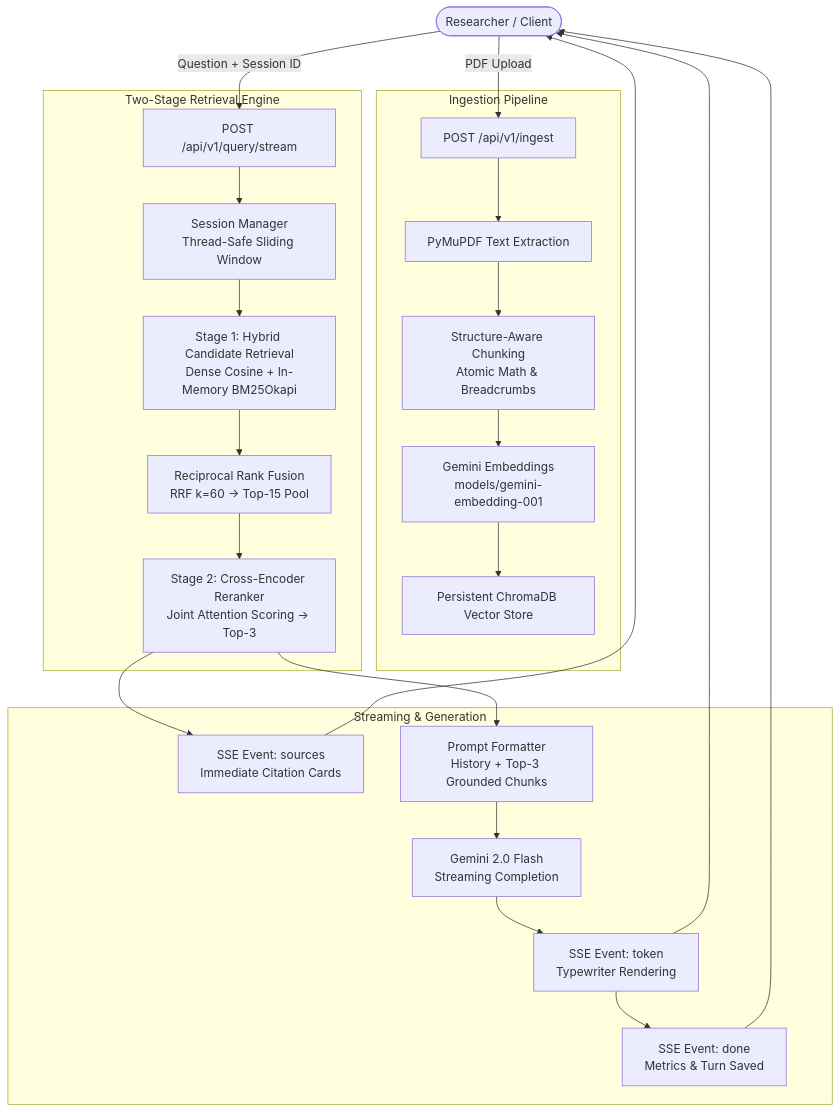
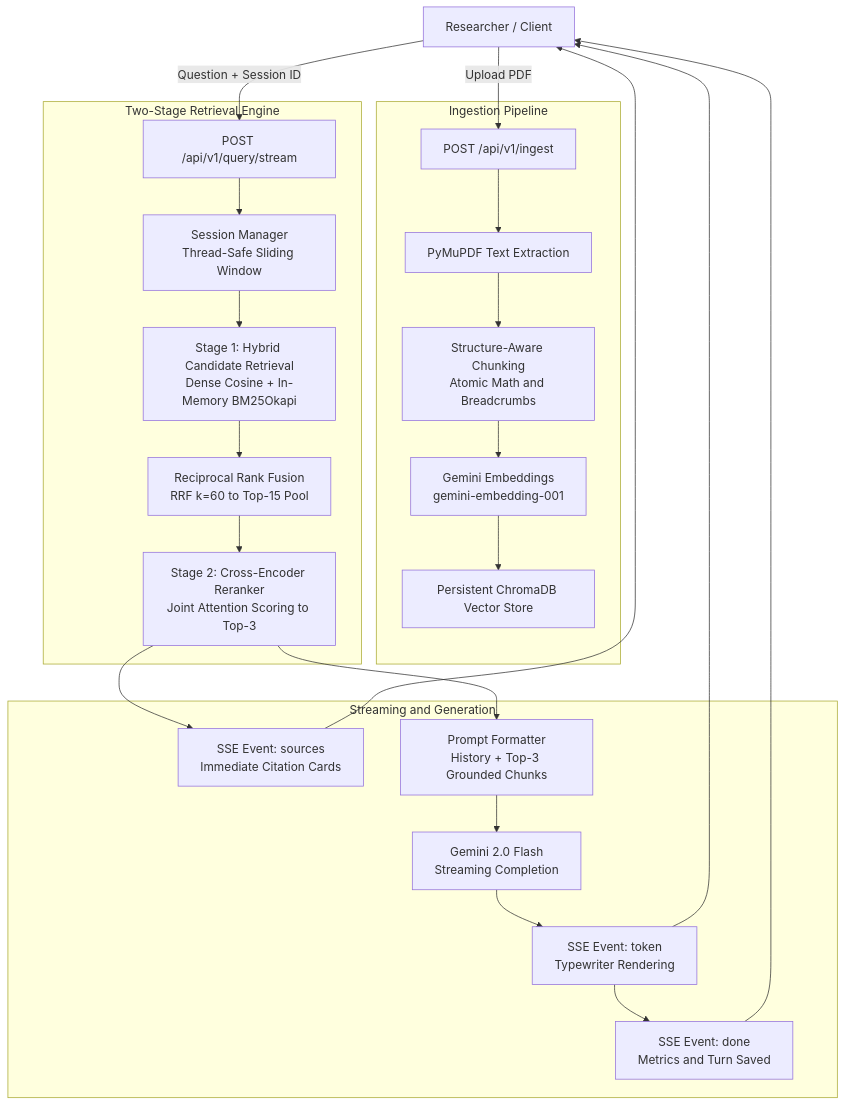
The diagram in README.md (Adithyan1809/ResearchPilot), drawn with Mermaid before and after one commit. The commit also changed other lines of this file, not shown here.

Commit message:
fix(readme): resolve GitHub Mermaid diagram syntax for rich display rendering

````diff
--- a/README.md
+++ b/README.md
@@ -59,31 +59,31 @@
 ```mermaid
 flowchart TD
-    User([Researcher / Client]) -->|PDF Upload| IngestAPI["POST /api/v1/ingest"]
-    User -->|Question + Session ID| StreamAPI["POST /api/v1/query/stream"]
+    User["Researcher / Client"] -->|"Upload PDF"| IngestAPI["POST /api/v1/ingest"]
+    User -->|"Question + Session ID"| StreamAPI["POST /api/v1/query/stream"]
 
-    subgraph Ingestion Pipeline
-        IngestAPI --> PyMuPDF[PyMuPDF Text Extraction]
-        PyMuPDF --> StructChunk[Structure-Aware Chunking<br/>Atomic Math & Breadcrumbs]
-        StructChunk --> GeminiEmb[Gemini Embeddings<br/>models/gemini-embedding-001]
-        GeminiEmb --> Chroma[Persistent ChromaDB Vector Store]
+    subgraph SubIngest ["Ingestion Pipeline"]
+        IngestAPI --> PyMuPDF["PyMuPDF Text Extraction"]
+        PyMuPDF --> StructChunk["Structure-Aware Chunking<br/>Atomic Math and Breadcrumbs"]
+        StructChunk --> GeminiEmb["Gemini Embeddings<br/>gemini-embedding-001"]
+        GeminiEmb --> Chroma["Persistent ChromaDB Vector Store"]
     end
 
-    subgraph Two-Stage Retrieval Engine
-        StreamAPI --> SessionMgr[Session Manager<br/>Thread-Safe Sliding Window]
-        SessionMgr --> Stage1[Stage 1: Hybrid Candidate Retrieval<br/>Dense Cosine + In-Memory BM25Okapi]
-        Stage1 --> RRF[Reciprocal Rank Fusion<br/>RRF k=60 -> Top-15 Pool]
-        RRF --> Stage2[Stage 2: Cross-Encoder Reranker<br/>Joint Attention Scoring -> Top-3]
+    subgraph SubRetrieval ["Two-Stage Retrieval Engine"]
+        StreamAPI --> SessionMgr["Session Manager<br/>Thread-Safe Sliding Window"]
+        SessionMgr --> Stage1["Stage 1: Hybrid Candidate Retrieval<br/>Dense Cosine + In-Memory BM25Okapi"]
+        Stage1 --> RRF["Reciprocal Rank Fusion<br/>RRF k=60 to Top-15 Pool"]
+        RRF --> Stage2["Stage 2: Cross-Encoder Reranker<br/>Joint Attention Scoring to Top-3"]
     end
 
-    subgraph Streaming & Generation
-        Stage2 --> InstantSources[SSE Event: sources<br/>Immediate Citation Cards]
-        Stage2 --> PromptBuilder[Prompt Formatter<br/>History + Top-3 Grounded Chunks]
-        PromptBuilder --> GeminiGen[Gemini 2.0 Flash<br/>Streaming Completion]
-        GeminiGen --> TokenStream[SSE Event: token<br/>Typewriter Rendering]
-        TokenStream --> DoneEvent[SSE Event: done<br/>Metrics & Turn Saved]
+    subgraph SubGeneration ["Streaming and Generation"]
+        Stage2 --> InstantSources["SSE Event: sources<br/>Immediate Citation Cards"]
+        Stage2 --> PromptBuilder["Prompt Formatter<br/>History + Top-3 Grounded Chunks"]
+        PromptBuilder --> GeminiGen["Gemini 2.0 Flash<br/>Streaming Completion"]
+        GeminiGen --> TokenStream["SSE Event: token<br/>Typewriter Rendering"]
+        TokenStream --> DoneEvent["SSE Event: done<br/>Metrics and Turn Saved"]
     end
 
     InstantSources --> User
     TokenStream --> User
     DoneEvent --> User
 ```
````
